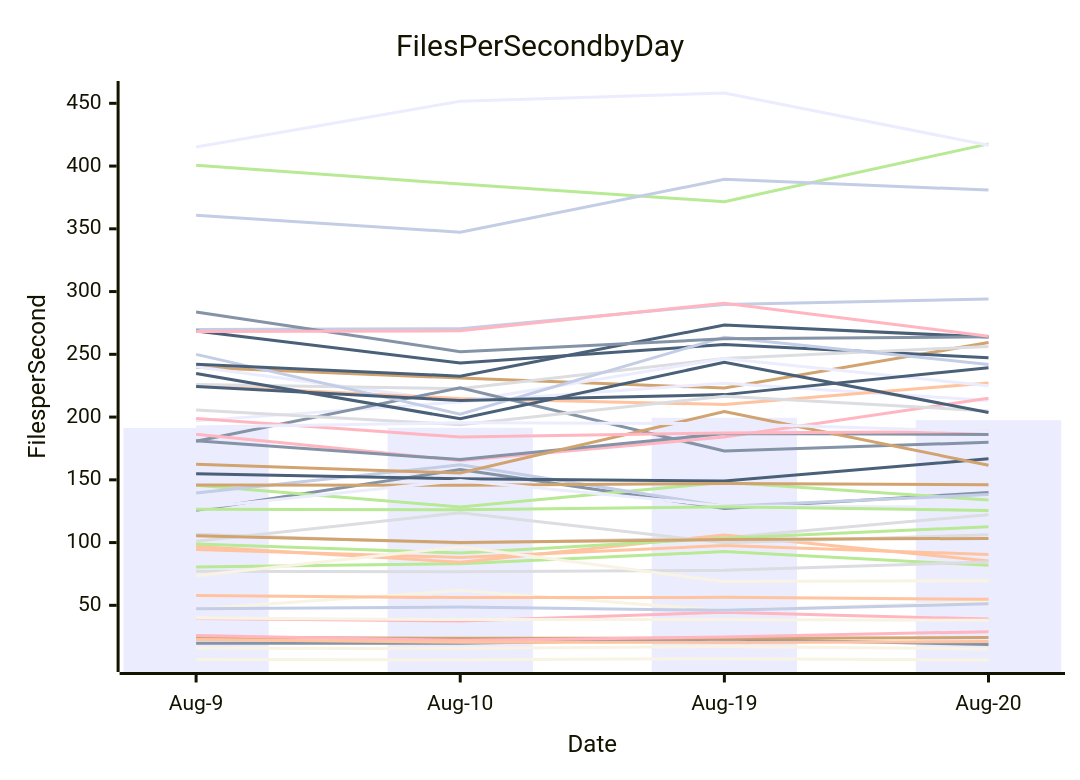
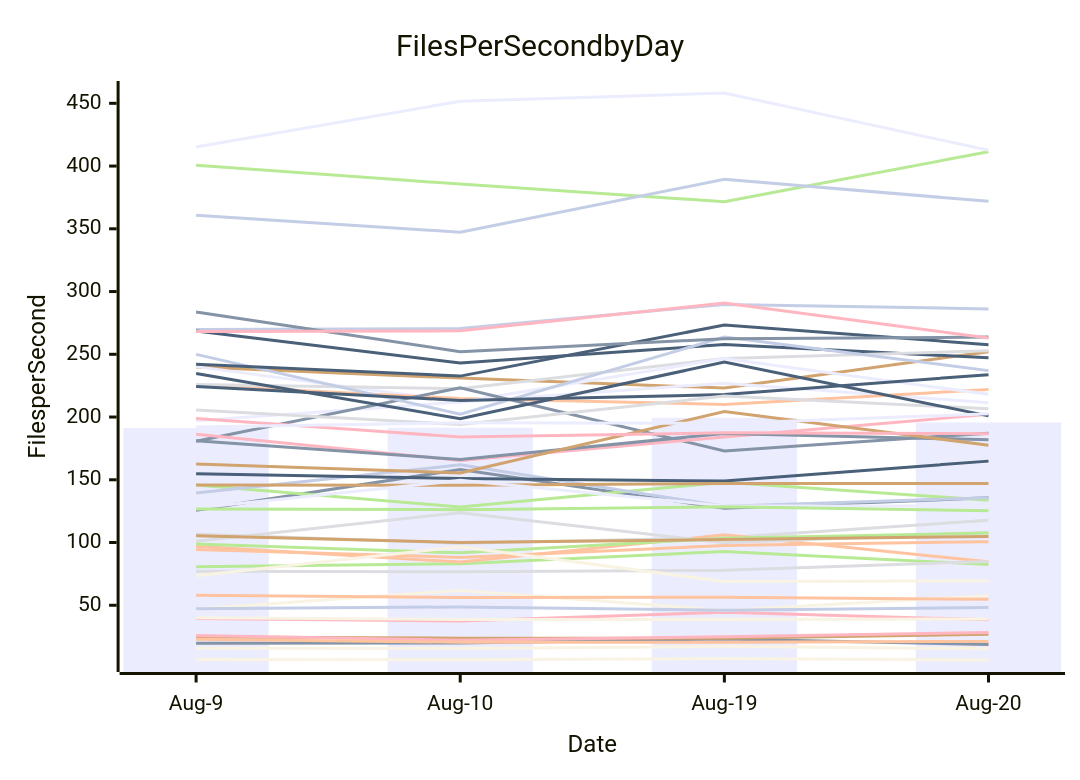
Before and after one commit to streetsidesoftware/cspell: the diagram in perf-report.md, drawn with Mermaid. The commit also changed other lines of this file and 2 other files, not shown here.

````diff
--- a/perf-report.md
+++ b/perf-report.md
@@ -11,57 +11,57 @@
 ```mermaid
 xychart-beta
     title Files Per Second by Day
     y-axis Files per Second
     x-axis Date [Aug-9, Aug-10, Aug-19, Aug-20]
-    bar [191.27, 191.48, 199.45, 197.51]
-    line [19.76, 19.87, 23.15, 18.70]
-    line [94.45, 88.13, 97.66, 90.46]
-    line [106.66, 99.38, 103.80, 122.25]
-    line [80.61, 83.15, 92.81, 81.84]
-    line [239.79, 231.09, 223.10, 259.35]
-    line [269.81, 270.47, 289.77, 294.17]
-    line [39.52, 37.52, 44.46, 39.02]
-    line [268.54, 243.09, 257.77, 247.35]
-    line [6.78, 6.60, 7.51, 6.44]
-    line [240.17, 211.99, 227.00, 213.12]
-    line [125.68, 158.27, 127.25, 139.81]
-    line [225.24, 214.74, 210.02, 227.16]
-    line [225.91, 222.58, 246.74, 256.30]
-    line [145.75, 128.32, 148.05, 133.92]
-    line [24.65, 23.72, 23.68, 24.34]
-    line [139.45, 161.93, 128.87, 138.24]
-    line [25.95, 22.03, 24.86, 29.03]
-    line [154.75, 150.93, 149.02, 166.83]
-    line [15.80, 15.53, 17.25, 15.30]
-    line [196.97, 211.99, 246.59, 224.98]
-    line [180.75, 223.35, 172.94, 179.93]
-    line [96.93, 84.41, 106.12, 85.35]
-    line [77.16, 76.75, 77.91, 84.48]
-    line [400.74, 385.62, 371.65, 417.68]
-    line [145.79, 145.58, 147.10, 146.08]
-    line [249.96, 202.34, 263.67, 241.91]
-    line [186.27, 165.43, 184.07, 214.92]
-    line [224.37, 213.27, 217.89, 239.33]
-    line [47.00, 61.84, 45.89, 52.68]
-    line [127.47, 149.55, 129.16, 128.16]
-    line [181.18, 166.12, 186.93, 186.21]
+    bar [191.27, 191.48, 199.45, 195.67]
+    line [19.76, 19.87, 23.15, 18.80]
+    line [94.45, 88.13, 97.66, 100.71]
+    line [106.66, 99.38, 103.80, 117.71]
+    line [80.61, 83.15, 92.81, 82.44]
+    line [239.79, 231.09, 223.10, 252.00]
+    line [269.81, 270.47, 289.77, 286.14]
+    line [39.52, 37.52, 44.46, 38.46]
+    line [268.54, 243.09, 257.77, 247.18]
+    line [6.78, 6.60, 7.51, 6.38]
+    line [240.17, 211.99, 227.00, 211.38]
+    line [125.68, 158.27, 127.25, 135.61]
+    line [225.24, 214.74, 210.02, 221.88]
+    line [225.91, 222.58, 246.74, 252.74]
+    line [145.75, 128.32, 148.05, 133.76]
+    line [24.65, 23.72, 23.68, 26.94]
+    line [139.45, 161.93, 128.87, 135.71]
+    line [25.95, 22.03, 24.86, 28.29]
+    line [154.75, 150.93, 149.02, 164.86]
+    line [15.80, 15.53, 17.25, 15.28]
+    line [196.97, 211.99, 246.59, 218.10]
+    line [180.75, 223.35, 172.94, 187.16]
+    line [96.93, 84.41, 106.12, 84.61]
+    line [77.16, 76.75, 77.91, 84.91]
+    line [400.74, 385.62, 371.65, 411.46]
+    line [145.79, 145.58, 147.10, 147.08]
+    line [249.96, 202.34, 263.67, 236.99]
+    line [186.27, 165.43, 184.07, 202.12]
+    line [224.37, 213.27, 217.89, 233.79]
+    line [47.00, 61.84, 45.89, 57.63]
+    line [127.47, 149.55, 129.16, 129.10]
+    line [181.18, 166.12, 186.93, 181.85]
     line [57.90, 56.15, 56.35, 54.76]
-    line [101.07, 123.80, 99.87, 106.26]
-    line [98.84, 91.76, 103.43, 112.64]
-    line [162.48, 155.40, 204.32, 161.66]
-    line [360.76, 347.31, 389.41, 380.85]
-    line [198.91, 184.05, 187.41, 188.61]
-    line [242.10, 232.62, 273.32, 263.78]
-    line [73.60, 96.61, 68.89, 69.67]
-    line [415.14, 451.69, 458.22, 416.58]
-    line [283.77, 252.09, 262.36, 263.98]
-    line [22.84, 20.59, 20.47, 21.10]
-    line [205.56, 193.98, 216.67, 204.80]
-    line [126.64, 126.17, 128.45, 125.63]
-    line [105.46, 100.11, 102.43, 103.31]
-    line [47.26, 48.66, 46.00, 51.23]
-    line [268.09, 268.70, 290.78, 264.38]
-    line [234.76, 198.61, 243.75, 203.70]
-    line [39.98, 38.63, 38.64, 38.08]
-    line [192.03, 195.48, 194.87, 188.41]
+    line [101.07, 123.80, 99.87, 108.06]
+    line [98.84, 91.76, 103.43, 107.49]
+    line [162.48, 155.40, 204.32, 177.59]
+    line [360.76, 347.31, 389.41, 371.89]
+    line [198.91, 184.05, 187.41, 186.67]
+    line [242.10, 232.62, 273.32, 257.69]
+    line [73.60, 96.61, 68.89, 69.48]
+    line [415.14, 451.69, 458.22, 412.53]
+    line [283.77, 252.09, 262.36, 263.68]
+    line [22.84, 20.59, 20.47, 21.22]
+    line [205.56, 193.98, 216.67, 206.61]
+    line [126.64, 126.17, 128.45, 125.27]
+    line [105.46, 100.11, 102.43, 104.89]
+    line [47.26, 48.66, 46.00, 48.26]
+    line [268.09, 268.70, 290.78, 262.94]
+    line [234.76, 198.61, 243.75, 200.90]
+    line [39.98, 38.63, 38.64, 39.11]
+    line [192.03, 195.48, 194.87, 202.54]
 ```
````
